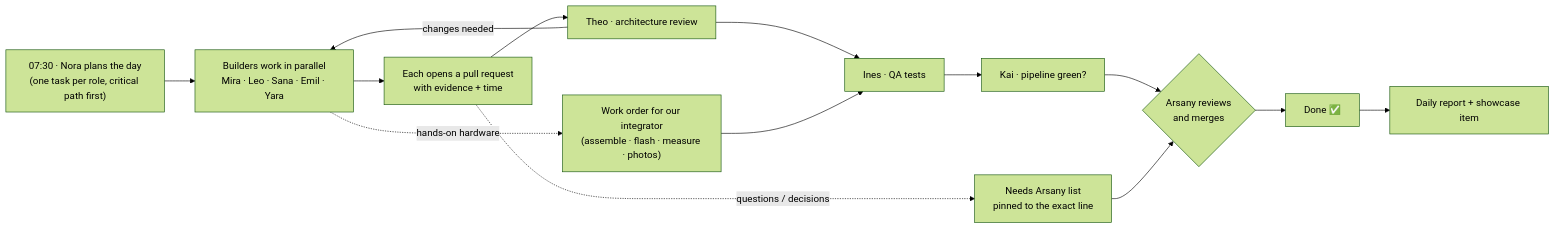
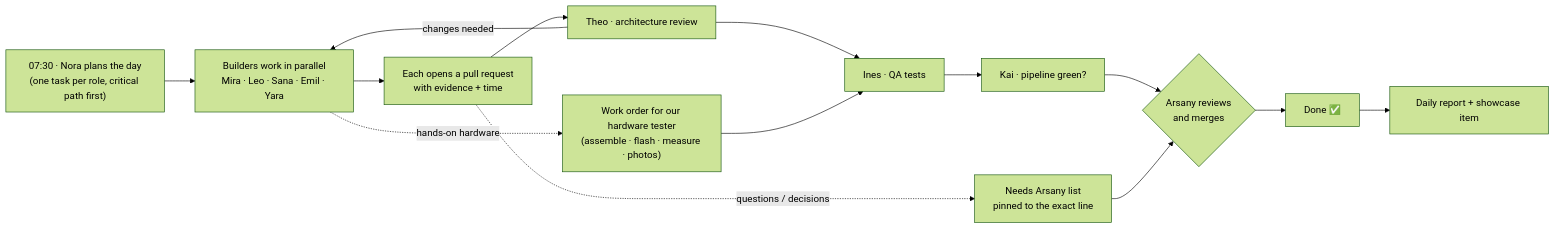
Before and after one commit to nilwerk/nilwerk-lab: the first of 2 diagrams in showcase/workflow/team-workflow.md, drawn with Mermaid (forest theme). The commit also changed other lines of this file and 3 other files, not shown here.

````diff
--- a/showcase/workflow/team-workflow.md
+++ b/showcase/workflow/team-workflow.md
@@ -26,16 +26,16 @@
 ```mermaid
 flowchart LR
   A["07:30 · Nora plans the day<br/>(one task per role, critical path first)"] --> B["Builders work in parallel<br/>Mira · Leo · Sana · Emil · Yara"]
   B --> C["Each opens a pull request<br/>with evidence + time"]
   C --> D["Theo · architecture review"]
   D -->|changes needed| B
   D --> E["Ines · QA tests"]
   E --> F["Kai · pipeline green?"]
   F --> G{"Arsany reviews<br/>and merges"}
   G --> H["Done ✅"]
-  B -. "hands-on hardware" .-> P["Work order for our integrator<br/>(assemble · flash · measure · photos)"]
+  B -. "hands-on hardware" .-> P["Work order for our hardware tester<br/>(assemble · flash · measure · photos)"]
   P --> E
   C -. "questions / decisions" .-> N["Needs Arsany list<br/>pinned to the exact line"]
   N --> G
   H --> S["Daily report + showcase item"]
 ```
````
